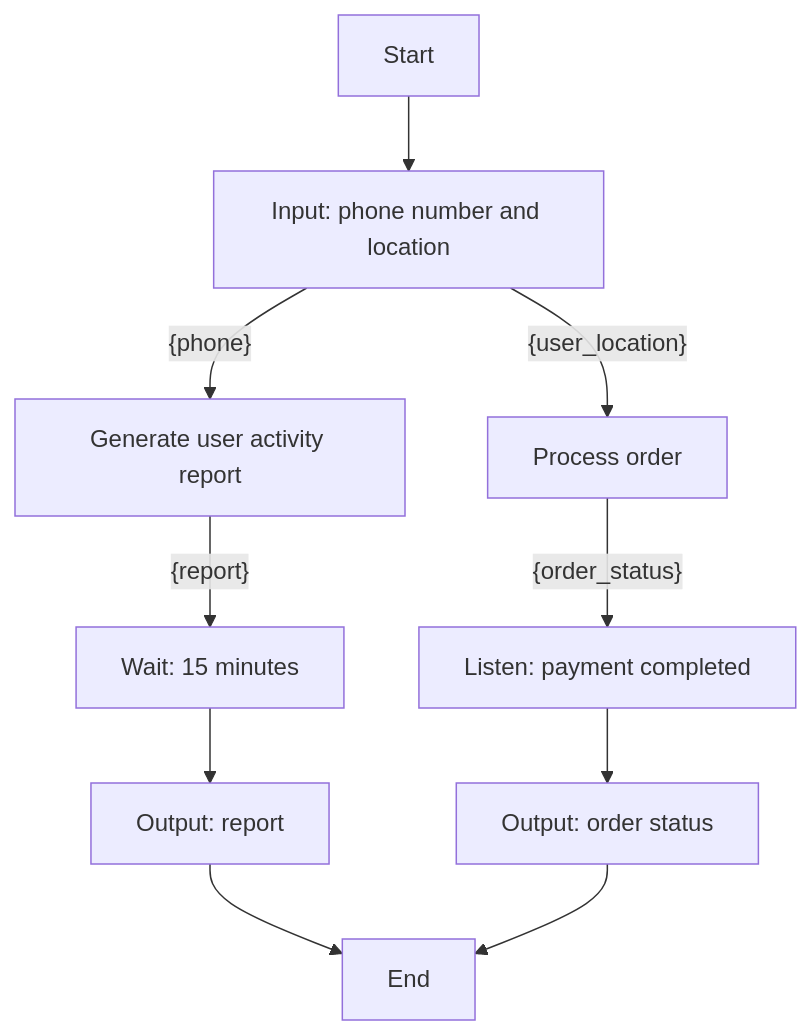
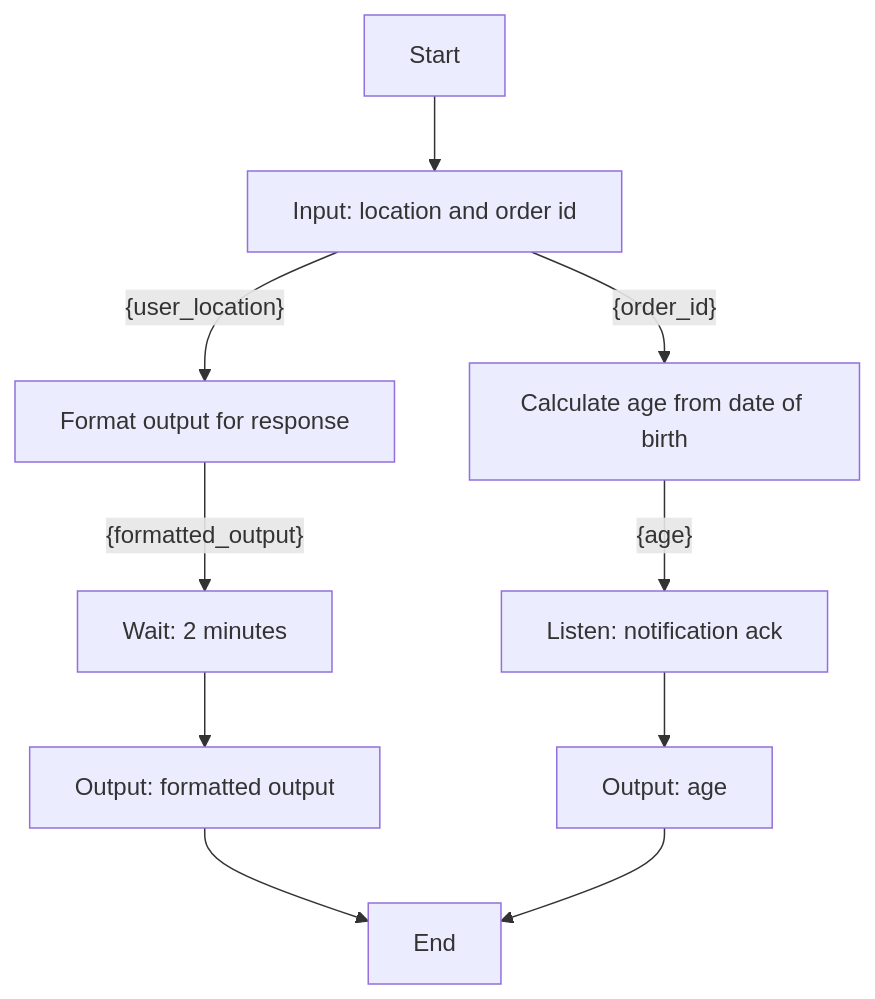
One commit to YJ-928/Temporal-Python-SDK changed the diagram in poc-dsl-compiler/input/workflows/workflow_9.md. Above: the diagram before and after it, drawn with Mermaid. The commit also changed 48 other files, not shown here.

````diff
--- a/poc-dsl-compiler/input/workflows/workflow_9.md
+++ b/poc-dsl-compiler/input/workflows/workflow_9.md
@@ -1,12 +1,12 @@
 ```mermaid
 graph TD
-    A[Start] --> B[Input: phone number and location]
-    B[Input: phone number and location] -- {phone} --> C[Generate user activity report]
-    C[Generate user activity report] -- {report} --> D[Wait: 15 minutes]
-    D[Wait: 15 minutes] --> E[Output: report]
-    E[Output: report] --> I[End]
-    B[Input: phone number and location] -- {user_location} --> F[Process order]
-    F[Process order] -- {order_status} --> G[Listen: payment completed]
-    G[Listen: payment completed] --> H[Output: order status]
-    H[Output: order status] --> I[End]
+    A[Start] --> B[Input: location and order id]
+    B[Input: location and order id] -- {user_location} --> C[Format output for response]
+    C[Format output for response] -- {formatted_output} --> D[Wait: 2 minutes]
+    D[Wait: 2 minutes] --> E[Output: formatted output]
+    E[Output: formatted output] --> I[End]
+    B[Input: location and order id] -- {order_id} --> F[Calculate age from date of birth]
+    F[Calculate age from date of birth] -- {age} --> G[Listen: notification ack]
+    G[Listen: notification ack] --> H[Output: age]
+    H[Output: age] --> I[End]
 ```
````
